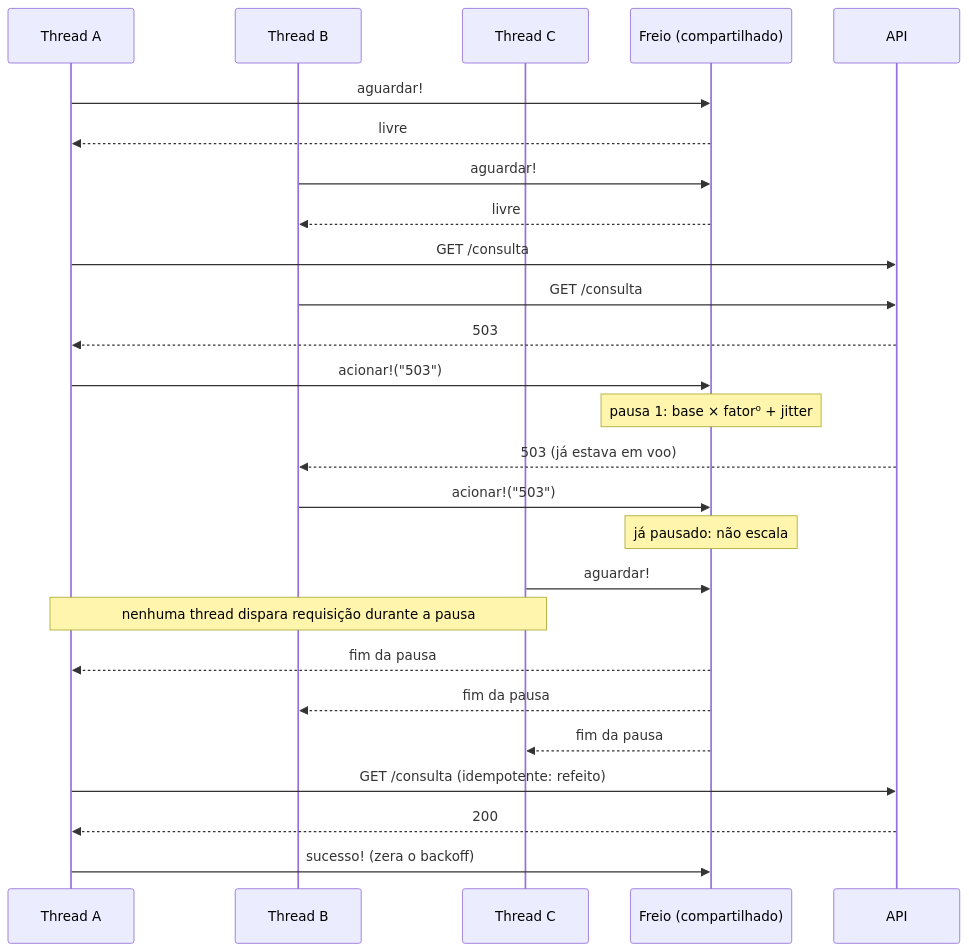
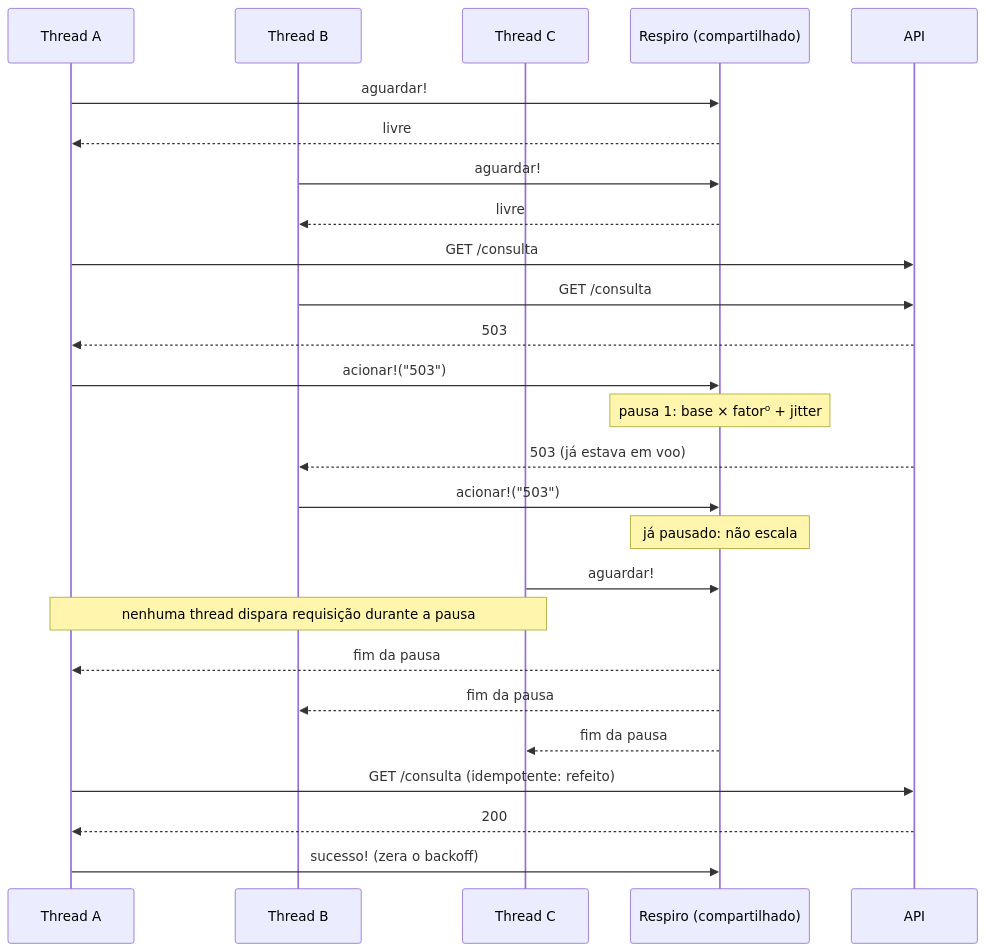
One commit to Dimasaas/breather changed the diagram in README.md. Above: the diagram before and after it, drawn with Mermaid. The commit also changed other lines of this file and 13 other files, not shown here.

````diff
--- a/README.md
+++ b/README.md
@@ -22,29 +24,29 @@
 ```mermaid
 sequenceDiagram
     participant A as Thread A
     participant B as Thread B
     participant C as Thread C
-    participant F as Freio (compartilhado)
+    participant F as Respiro (compartilhado)
     participant S as API
 
     A->>F: aguardar!
     F-->>A: livre
     B->>F: aguardar!
     F-->>B: livre
     A->>S: GET /consulta
     B->>S: GET /consulta
     S-->>A: 503
     A->>F: acionar!("503")
     Note over F: pausa 1: base × fator⁰ + jitter
     S-->>B: 503 (já estava em voo)
     B->>F: acionar!("503")
     Note over F: já pausado: não escala
     C->>F: aguardar!
     Note over A,C: nenhuma thread dispara requisição durante a pausa
     F-->>A: fim da pausa
     F-->>B: fim da pausa
     F-->>C: fim da pausa
     A->>S: GET /consulta (idempotente: refeito)
     S-->>A: 200
     A->>F: sucesso! (zera o backoff)
 ```
````
